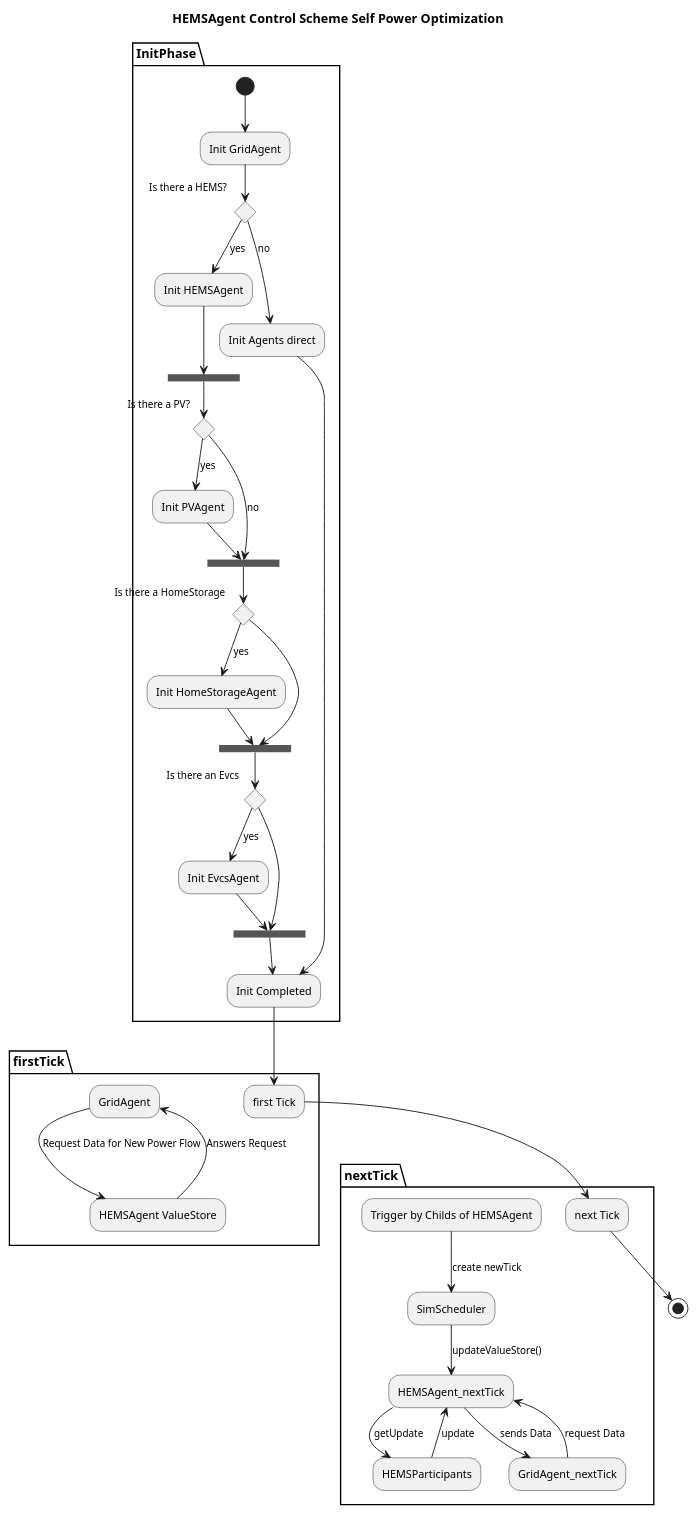
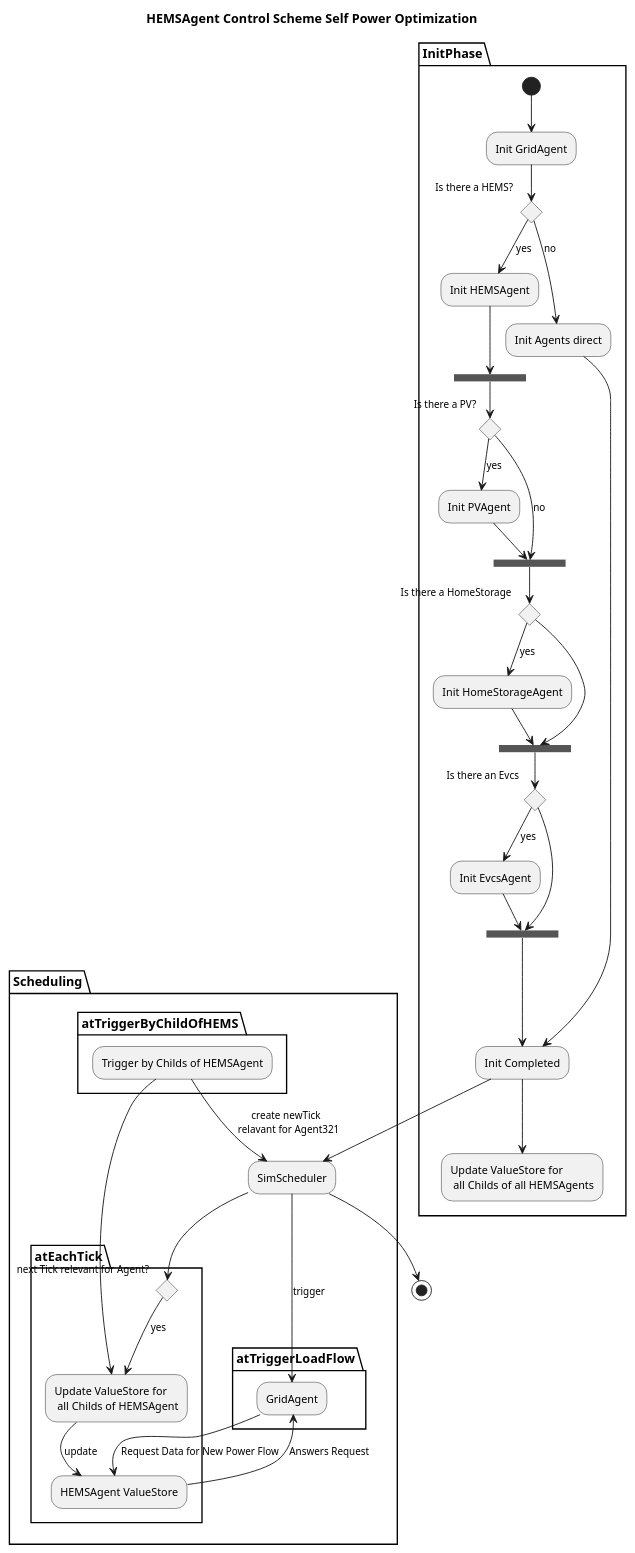
The diagram in docs/uml/protocol/HEMS_Control/HemsControlSelfOptActivityDiagram.puml (ie3-institute/simona), drawn with PlantUML before and after one commit.

Commit message:
include ticks and triggers

```diff
--- a/docs/uml/protocol/HEMS_Control/HemsControlSelfOptActivityDiagram.puml
+++ b/docs/uml/protocol/HEMS_Control/HemsControlSelfOptActivityDiagram.puml
@@ -1,75 +1,64 @@
 @startuml
 title HEMSAgent Control Scheme Self Power Optimization
 partition InitPhase {
 (*) --> "Init GridAgent"
 
 
 if "Is there a HEMS?"
 --> [yes] "Init HEMSAgent"
 --> ===B1===
 
 ===B1=== --> if "Is there a PV?"
 --> [yes] "Init PVAgent"
 --> ===B2===
 else
 --> [no] ===B2===
 endif
 
 ===B2=== --> if "Is there a HomeStorage"
 --> [yes] "Init HomeStorageAgent"
 --> ===B3===
 else
 --> ===B3===
 endif
 
 ===B3=== --> if "Is there an Evcs"
 --> [yes] "Init EvcsAgent"
 --> ===B4===
 
 else
 --> ===B4===
 endif
 
 else
 --> [no] "Init Agents direct"
 endif
 --> "Init Completed"
+--> "Update ValueStore for \n all Childs of all HEMSAgents"
 }
 
 ===B4=== --> "Init Completed"
+partition Scheduling {
+--> "SimScheduler" as SimScheduler
 
-partition firstTick {
---> "first Tick"
-"GridAgent" -->[Request Data for New Power Flow] "HEMSAgent ValueStore"
---> [Answers Request] "GridAgent"
+partition atTriggerByChildOfHEMS {
+"Trigger by Childs of HEMSAgent" -->[create newTick \n relavant for Agent321] "SimScheduler"
 }
-partition nextTick {
-"first Tick" --> "next Tick"
-"Trigger by Childs of HEMSAgent" -->[create newTick] "SimScheduler"
-"SimScheduler" --> [updateValueStore()] "HEMSAgent_nextTick"
---> [getUpdate] "HEMSParticipants"
---> [update] "HEMSAgent_nextTick"
-"GridAgent_nextTick" -->[request Data] "HEMSAgent_nextTick"
-"HEMSAgent_nextTick" --> [sends Data] "GridAgent_nextTick"
+
+partition atEachTick {
+"Trigger by Childs of HEMSAgent" --> "Update ValueStore for \n all Childs of HEMSAgent" as updateValueStore
+SimScheduler --> if "next Tick relevant for Agent?"
+--> [yes] updateValueStore
+--> [update]"HEMSAgent ValueStore" as HEMSValueStore
+endif
 }
-"next Tick" --> (*)
 
+partition atTriggerLoadFlow {
+SimScheduler -->[trigger] "GridAgent" as GridAgent
+"GridAgent" -->[Request Data for New Power Flow] HEMSValueStore
+--> [Answers Request] GridAgent
+}
+}
 
-/'-->[Update] "HEMSAgent ValueStore"
---> "next tick"
---> [PowerFlow] "GridAgent"
---> "Update all Particpants"
-
-'/
-
-
-
-
-
-
-
-
-
-
-
+SimScheduler --> (*)
 @enduml
```
